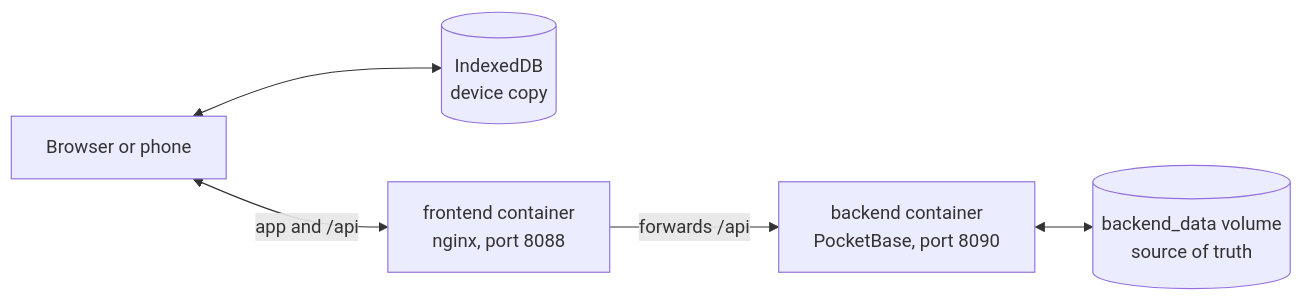
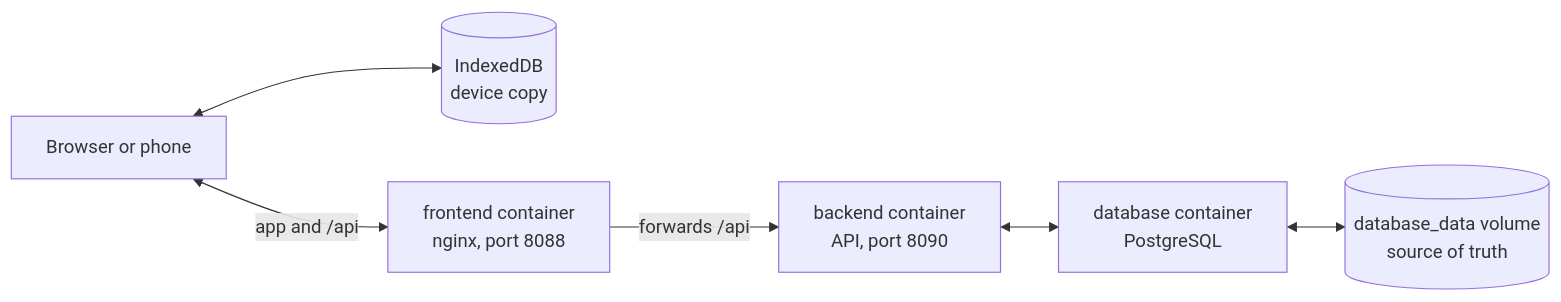
The diagram in README.md (biruklarebo/veylith), drawn with Mermaid before and after one commit. The commit also changed other lines of this file and 33 other files, not shown here.

````diff
--- a/README.md
+++ b/README.md
@@ -5,13 +5,15 @@
 ```mermaid
 flowchart LR
     browser["Browser or phone"]
     idb[("IndexedDB<br/>device copy")]
     frontend["frontend container<br/>nginx, port 8088"]
-    backend["backend container<br/>PocketBase, port 8090"]
-    volume[("backend_data volume<br/>source of truth")]
+    backend["backend container<br/>API, port 8090"]
+    database["database container<br/>PostgreSQL"]
+    volume[("database_data volume<br/>source of truth")]
 
     browser <-- "app and /api" --> frontend
     browser <--> idb
     frontend -- "forwards /api" --> backend
-    backend <--> volume
+    backend <--> database
+    database <--> volume
 ```
````
